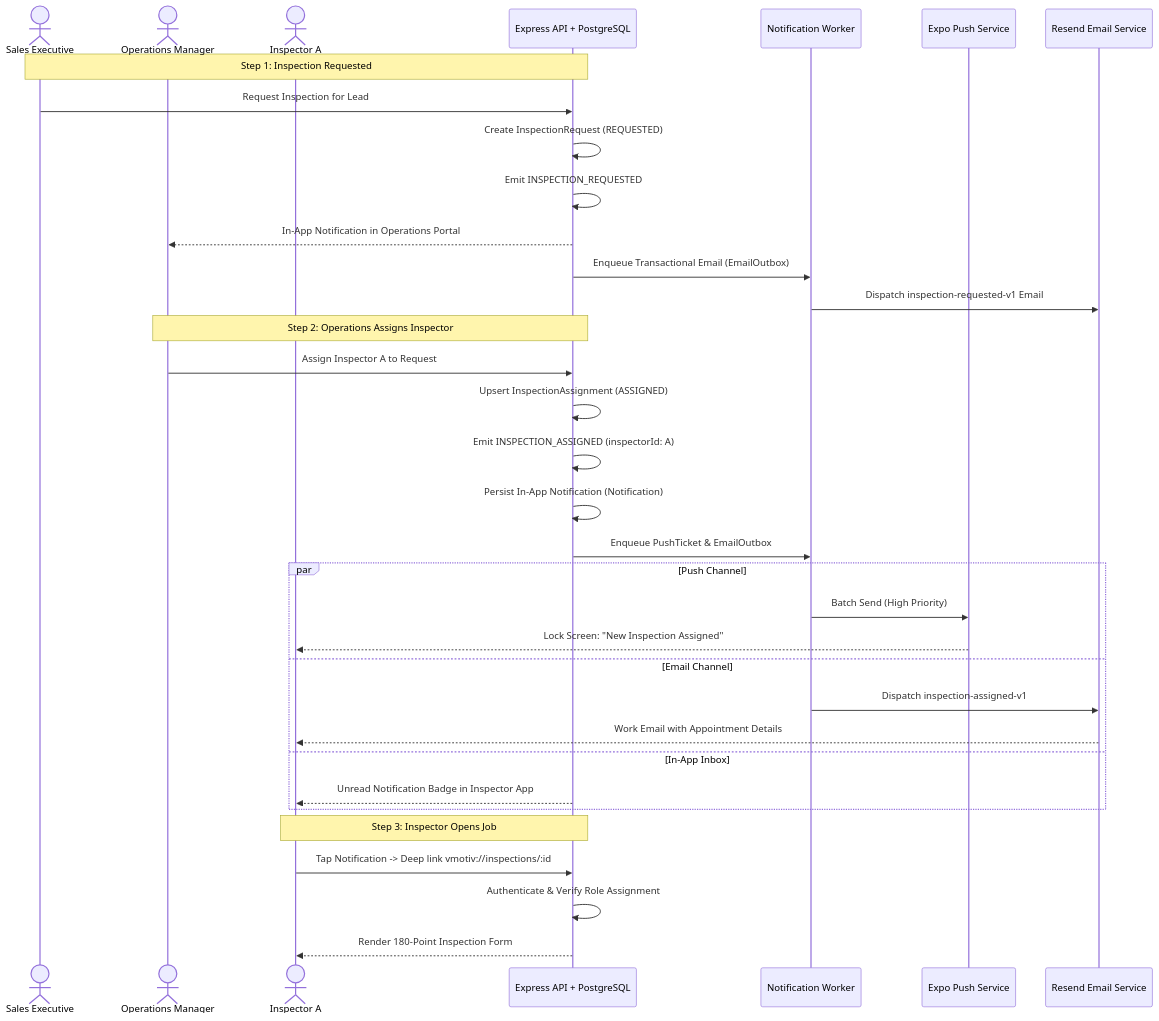
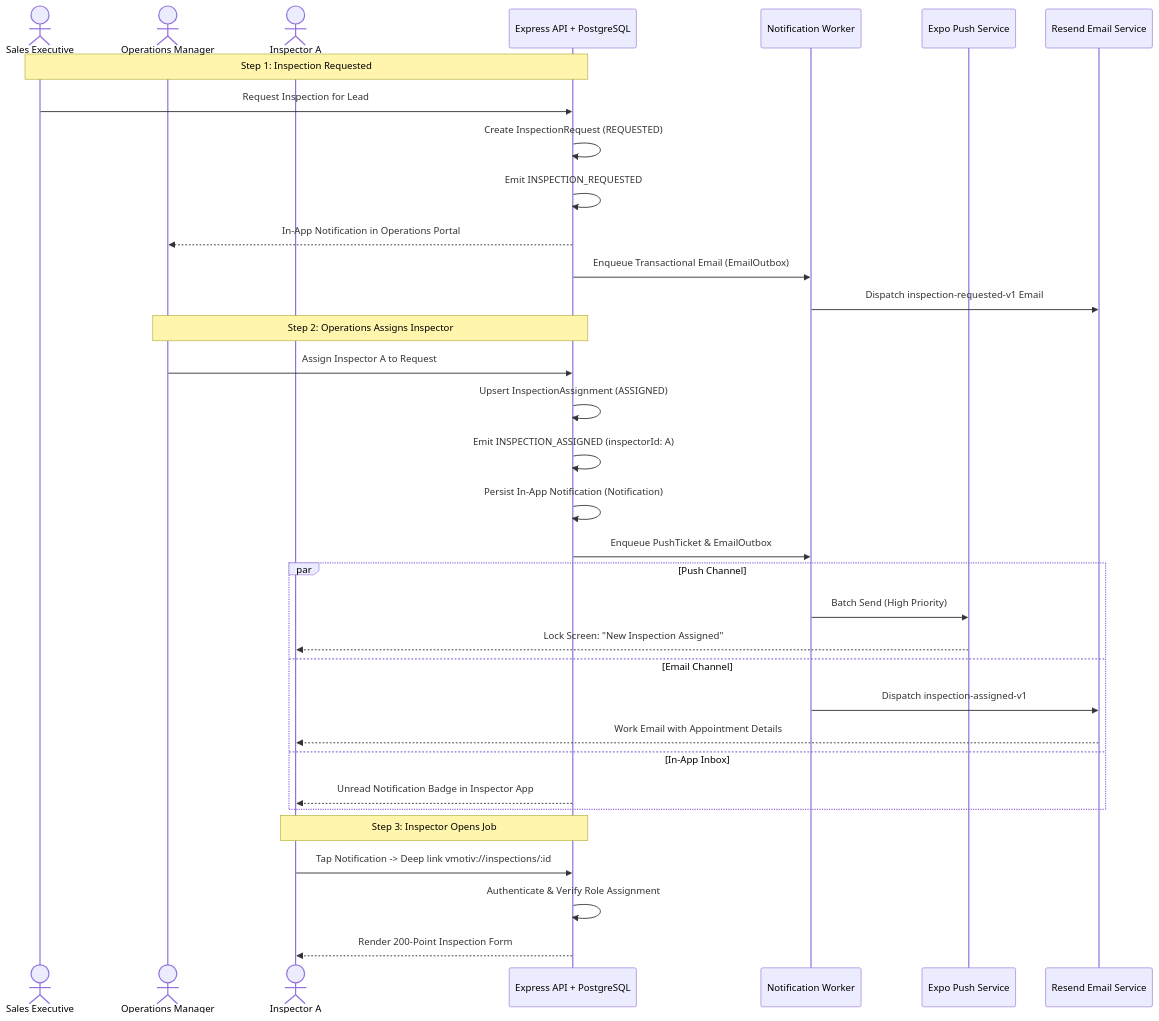
Before and after one commit to vedanthcy46/V-Motiv-v2: the diagram in docs/INSPECTION_NOTIFICATION_FLOW.md, drawn with Mermaid. The commit also changed 37 other files, not shown here.

First line of the commit message:
Tester feedback: Help & FAQs, rate/share/tour, Play listing, one inspection-point number

````diff
--- a/docs/INSPECTION_NOTIFICATION_FLOW.md
+++ b/docs/INSPECTION_NOTIFICATION_FLOW.md
@@ -5,40 +5,40 @@
 ```mermaid
 sequenceDiagram
     actor Sales as Sales Executive
     actor Ops as Operations Manager
     actor Inspector as Inspector A
     participant Backend as Express API + PostgreSQL
     participant Worker as Notification Worker
     participant Expo as Expo Push Service
     participant Resend as Resend Email Service
 
     Note over Sales,Backend: Step 1: Inspection Requested
     Sales->>Backend: Request Inspection for Lead
     Backend->>Backend: Create InspectionRequest (REQUESTED)
     Backend->>Backend: Emit INSPECTION_REQUESTED
     Backend-->>Ops: In-App Notification in Operations Portal
     Backend->>Worker: Enqueue Transactional Email (EmailOutbox)
     Worker->>Resend: Dispatch inspection-requested-v1 Email
 
     Note over Ops,Backend: Step 2: Operations Assigns Inspector
     Ops->>Backend: Assign Inspector A to Request
     Backend->>Backend: Upsert InspectionAssignment (ASSIGNED)
     Backend->>Backend: Emit INSPECTION_ASSIGNED (inspectorId: A)
     Backend->>Backend: Persist In-App Notification (Notification)
     Backend->>Worker: Enqueue PushTicket & EmailOutbox
 
     par Push Channel
         Worker->>Expo: Batch Send (High Priority)
         Expo-->>Inspector: Lock Screen: "New Inspection Assigned"
     and Email Channel
         Worker->>Resend: Dispatch inspection-assigned-v1
         Resend-->>Inspector: Work Email with Appointment Details
     and In-App Inbox
         Backend-->>Inspector: Unread Notification Badge in Inspector App
     end
 
     Note over Inspector,Backend: Step 3: Inspector Opens Job
     Inspector->>Backend: Tap Notification -> Deep link vmotiv://inspections/:id
     Backend->>Backend: Authenticate & Verify Role Assignment
-    Backend-->>Inspector: Render 180-Point Inspection Form
+    Backend-->>Inspector: Render 200-Point Inspection Form
 ```
````
